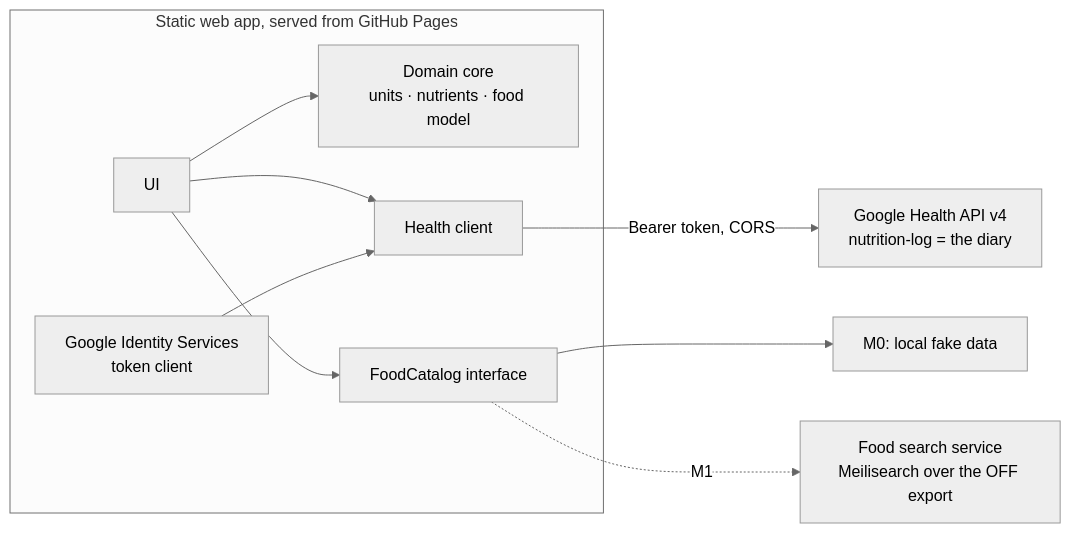
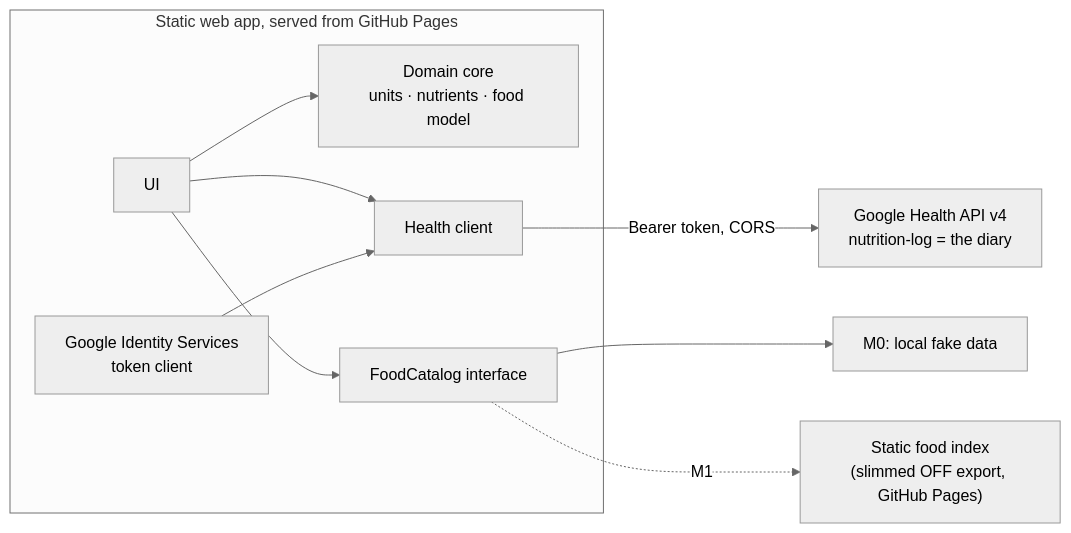
One commit to Froussios/fitbit-nutrition-portal changed the diagram in docs/ARCHITECTURE.md. Above: the diagram before and after it, drawn with Mermaid (neutral theme). The commit also changed other lines of this file and 3 other files, not shown here.

First line of the commit message:
Food search: exact-word matching over a free static index

````diff
--- a/docs/ARCHITECTURE.md
+++ b/docs/ARCHITECTURE.md
@@ -40,12 +40,12 @@
 ```mermaid
 flowchart LR
   subgraph Browser["Static web app, served from GitHub Pages"]
     UI["UI"] --> Core["Domain core<br/>units · nutrients · food model"]
     UI --> HC["Health client"]
     UI --> FC["FoodCatalog interface"]
     Auth["Google Identity Services<br/>token client"] --> HC
   end
   HC -- "Bearer token, CORS" --> GHAPI["Google Health API v4<br/>nutrition-log = the diary"]
   FC --> Fake["M0: local fake data"]
-  FC -. "M1" .-> Search["Food search service<br/>Meilisearch over the OFF export"]
+  FC -. "M1" .-> Index["Static food index<br/>(slimmed OFF export, GitHub Pages)"]
 ```
````
